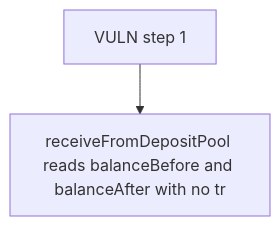
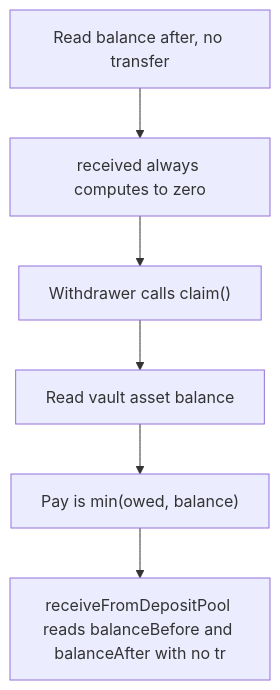
One commit to sanbir/evm-hack-registry changed the diagram in 63541-c-01-receivefromdepositpool-does-not-track-assets-transferre_exp/63541-c-01-receivefromdepositpool-does-not-track-assets-transferre_exp.md. Above: the diagram before and after it, drawn with Mermaid. The commit also changed other lines of this file and 79 other files, not shown here.

````diff
--- a/63541-c-01-receivefromdepositpool-does-not-track-assets-transferre_exp/63541-c-01-receivefromdepositpool-does-not-track-assets-transferre_exp.md
+++ b/63541-c-01-receivefromdepositpool-does-not-track-assets-transferre_exp/63541-c-01-receivefromdepositpool-does-not-track-assets-transferre_exp.md
@@ -28,6 +28,14 @@
 ```mermaid
 flowchart TD
-  S0["VULN step 1"]
+  S0["Read balance after, no transfer"]
+  S1["received always computes to zero"]
+  S2["Withdrawer calls claim()"]
+  S3["Read vault asset balance"]
+  S4["Pay is min(owed, balance)"]
   H["receiveFromDepositPool reads balanceBefore and balanceAfter with no tr"]
-  S0 --> H
+  S0 --> S1
+  S1 --> S2
+  S2 --> S3
+  S3 --> S4
+  S4 --> H
 ```
````
